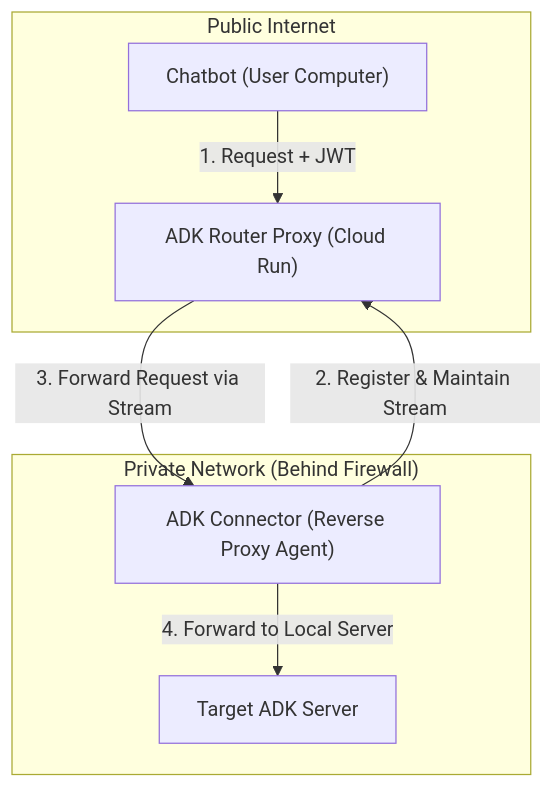
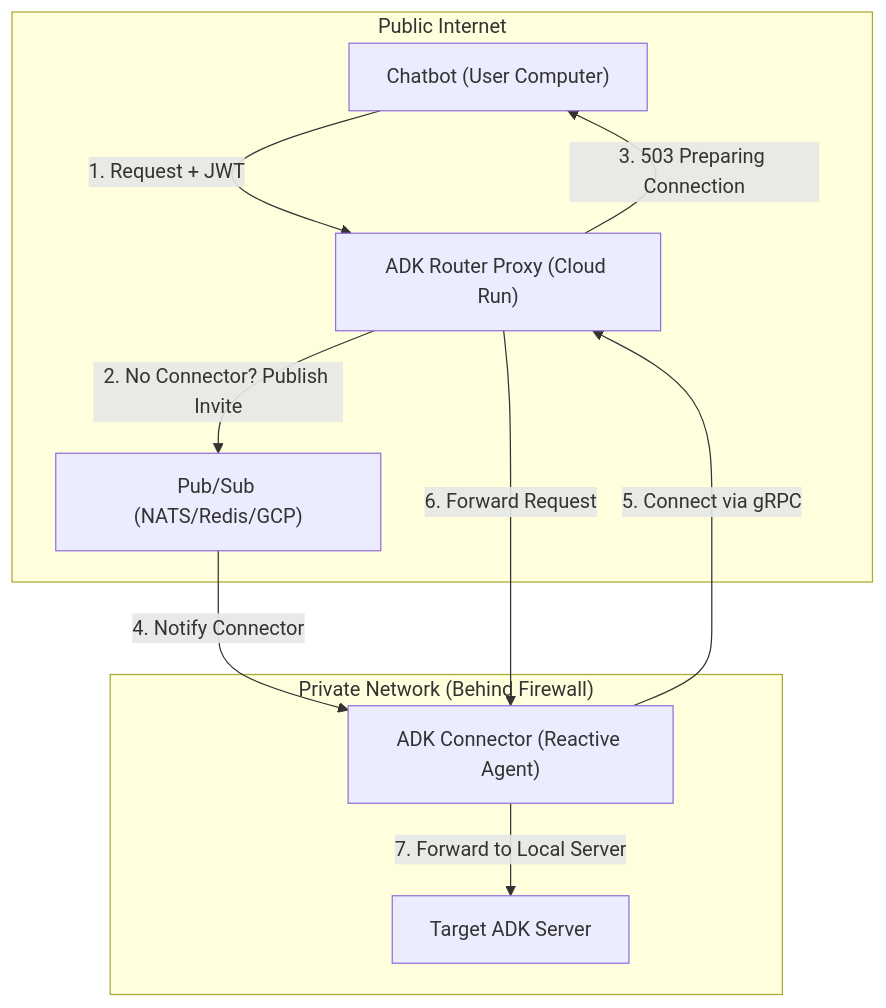
Before and after one commit to innomon/adk-cloud-proxy: the diagram in SPECIFICATION.md, drawn with Mermaid. The commit also changed other lines of this file and 14 other files, not shown here.

Commit message:
gemini: pub/sub

````diff
--- a/SPECIFICATION.md
+++ b/SPECIFICATION.md
@@ -11,17 +11,21 @@
 ```mermaid
 graph TD
     subgraph "Public Internet"
         Chatbot["Chatbot (User Computer)"]
         RouterProxy["ADK Router Proxy (Cloud Run)"]
+        PubSub["Pub/Sub (NATS/Redis/GCP)"]
     end
 
     subgraph "Private Network (Behind Firewall)"
-        Connector["ADK Connector (Reverse Proxy Agent)"]
+        Connector["ADK Connector (Reactive Agent)"]
         TargetADKServer["Target ADK Server"]
     end
 
     Chatbot -- "1. Request + JWT" --> RouterProxy
-    Connector -- "2. Register & Maintain Stream" --> RouterProxy
-    RouterProxy -- "3. Forward Request via Stream" --> Connector
-    Connector -- "4. Forward to Local Server" --> TargetADKServer
+    RouterProxy -- "2. No Connector? Publish Invite" --> PubSub
+    RouterProxy -- "3. 503 Preparing Connection" --> Chatbot
+    PubSub -- "4. Notify Connector" --> Connector
+    Connector -- "5. Connect via gRPC" --> RouterProxy
+    RouterProxy -- "6. Forward Request" --> Connector
+    Connector -- "7. Forward to Local Server" --> TargetADKServer
 ```
````
